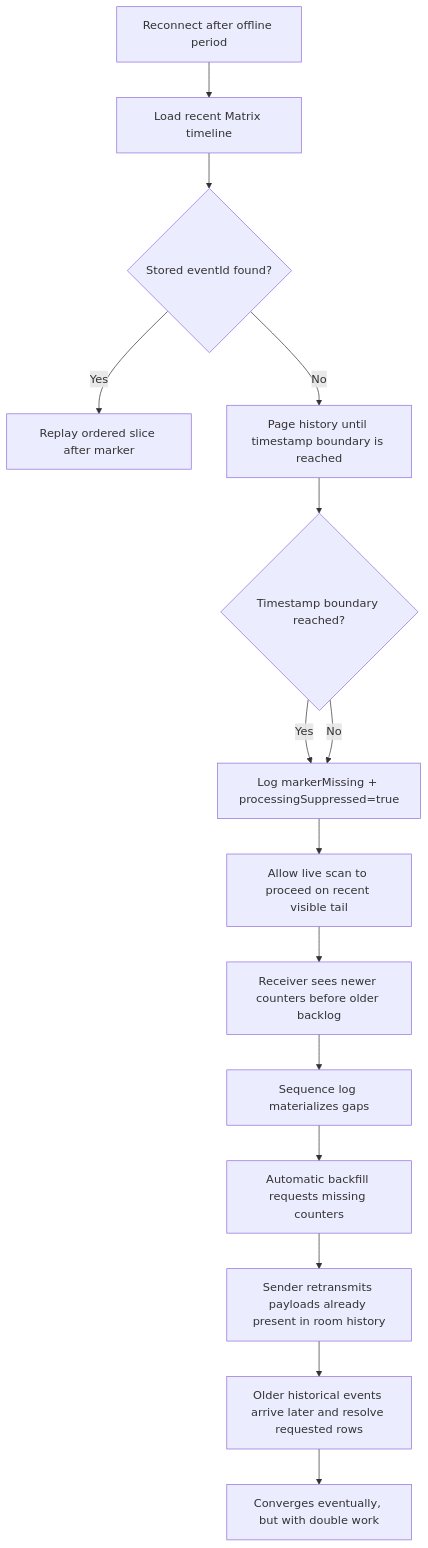
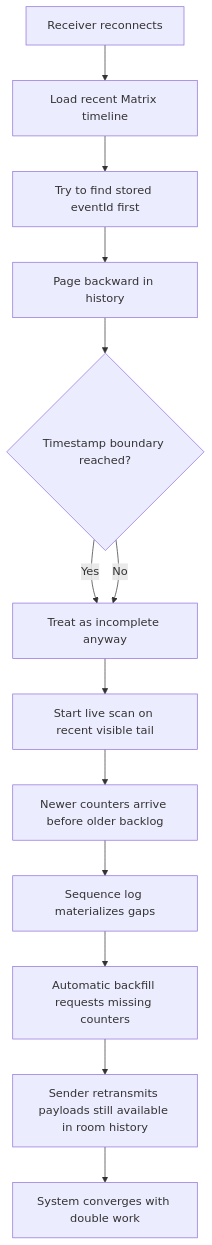
One commit to matthiasn/lotti changed the first of 2 diagrams in docs/implementation_plans/2026-03-13_sender_offline_convergence.md. Above: the diagram before and after it, drawn with Mermaid. The commit also changed other lines of this file and 15 other files, not shown here.

````diff
--- a/docs/implementation_plans/2026-03-13_sender_offline_convergence.md
+++ b/docs/implementation_plans/2026-03-13_sender_offline_convergence.md
@@ -99,17 +113,15 @@
 ```mermaid
 flowchart TD
-    A["Reconnect after offline period"] --> B["Load recent Matrix timeline"]
-    B --> C{"Stored eventId found?"}
-    C -->|Yes| D["Replay ordered slice after marker"]
-    C -->|No| E["Page history until timestamp boundary is reached"]
-    E --> F{"Timestamp boundary reached?"}
-    F -->|Yes| G["Log markerMissing + processingSuppressed=true"]
-    F -->|No| G
-    G --> H["Allow live scan to proceed on recent visible tail"]
-    H --> I["Receiver sees newer counters before older backlog"]
-    I --> J["Sequence log materializes gaps"]
-    J --> K["Automatic backfill requests missing counters"]
-    K --> L["Sender retransmits payloads already present in room history"]
-    L --> M["Older historical events arrive later and resolve requested rows"]
-    M --> N["Converges eventually, but with double work"]
+    A["Receiver reconnects"] --> B["Load recent Matrix timeline"]
+    B --> C["Try to find stored eventId first"]
+    C --> D["Page backward in history"]
+    D --> E{"Timestamp boundary reached?"}
+    E -->|Yes| F["Treat as incomplete anyway"]
+    E -->|No| F
+    F --> G["Start live scan on recent visible tail"]
+    G --> H["Newer counters arrive before older backlog"]
+    H --> I["Sequence log materializes gaps"]
+    I --> J["Automatic backfill requests missing counters"]
+    J --> K["Sender retransmits payloads still available in room history"]
+    K --> L["System converges with double work"]
 ```
````
